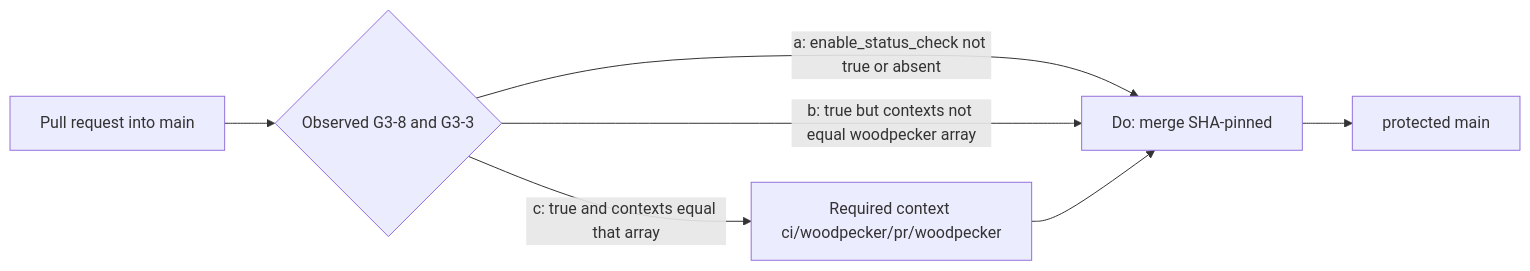
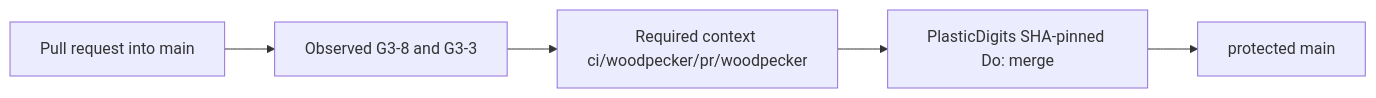
Before and after one commit to PlasticDigits/gitlab-cursor-webhook: the third of 3 diagrams in docs/architecture.md, drawn with Mermaid. The commit also changed other lines of this file and 1 other file, not shown here.

Commit message:
docs: land #3 on executable (c) Woodpecker success without clearing the gate

````diff
--- a/docs/architecture.md
+++ b/docs/architecture.md
@@ -209,9 +291,7 @@
 ```mermaid
 flowchart LR
-  PR[Pull request into main] --> AND{Observed G3-8 and G3-3}
-  AND -->|a: enable_status_check not true or absent| MERGE[Do: merge SHA-pinned]
-  AND -->|b: true but contexts not equal woodpecker array| MERGE
-  AND -->|c: true and contexts equal that array| WP[Required context ci/woodpecker/pr/woodpecker]
-  WP --> MERGE
-  MERGE --> MAIN[protected main]
+  PR[Pull request into main] --> WP[Observed G3-8 and G3-3]
+  WP --> CTX[Required context ci/woodpecker/pr/woodpecker]
+  CTX --> PD[PlasticDigits SHA-pinned Do: merge]
+  PD --> MAIN[protected main]
 ```
````
